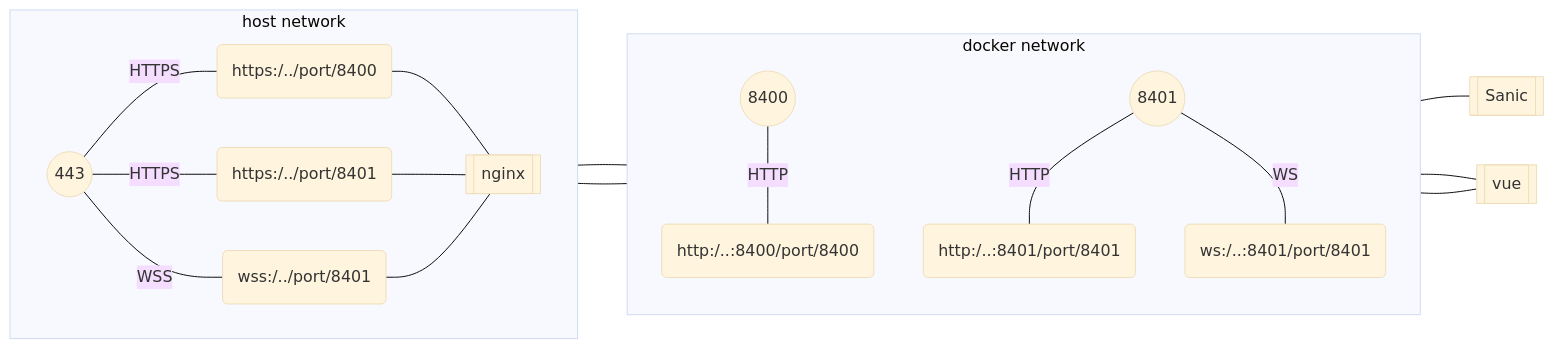
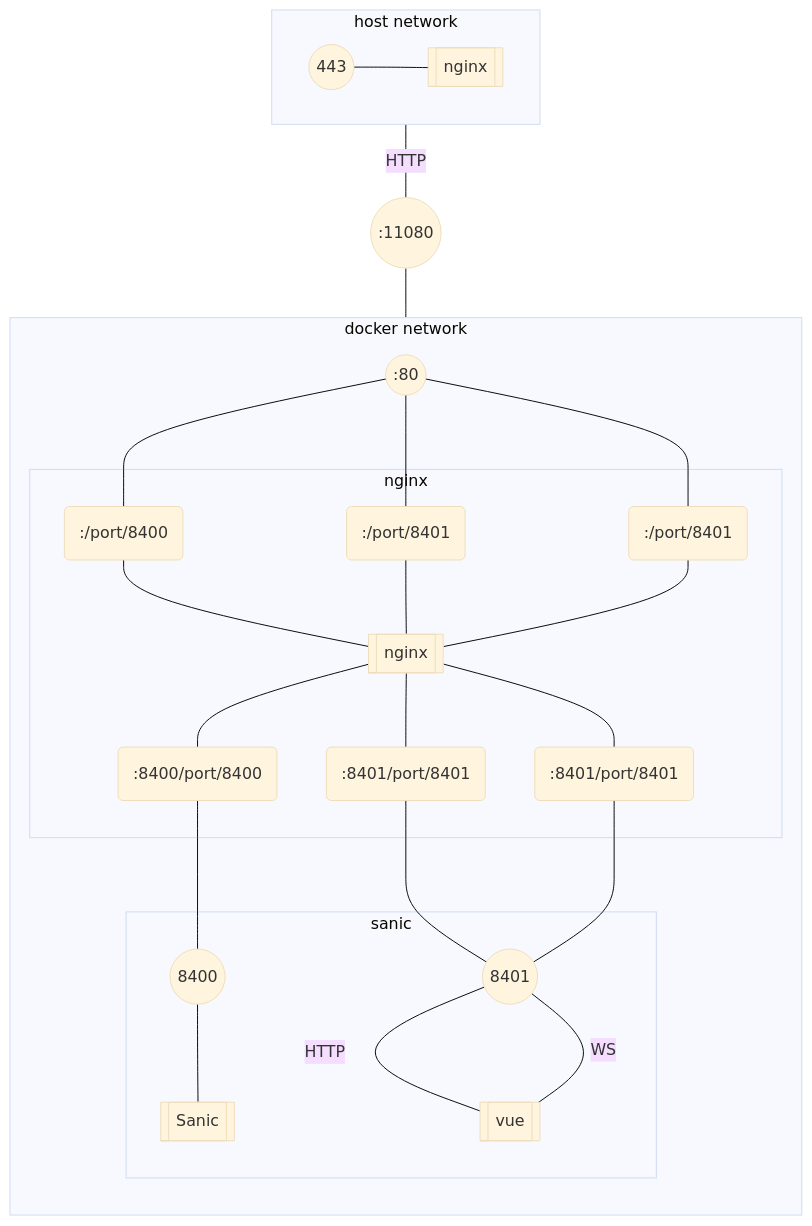
One commit to smucclaw/gsheet changed the third of 5 diagrams in natural4-server/natural4_server/nginx-proxy.md. Above: the diagram before and after it, drawn with Mermaid (base theme).

````diff
--- a/natural4-server/natural4_server/nginx-proxy.md
+++ b/natural4-server/natural4_server/nginx-proxy.md
@@ -64,28 +64,56 @@
 ```mermaid
-flowchart LR
+flowchart TB
     subgraph host [host network]
         direction LR
-        network_tls((  ))-- HTTPS ---network_https_8400(https:/../port/8400)
-        network_tls((  ))-- HTTPS ---network_https_8401(https:/../port/8401)
-        network_tls(( 443 ))-- WSS ---network_wss_8401(wss:/../port/8401)
-        nginx[[nginx]]
+        network_tls(( 443 ))
+        nginx_host[[nginx]]
+        network_tls---nginx_host
     end
 
+    host_http_11080((:11080))
+    
     subgraph docker [docker network]
         direction TB
-        network_https_8400 --- nginx
-        network_https_8401 --- nginx
-        network_wss_8401 --- nginx
+        docker_http_80((:80))
+        http_8400(:/port/8400)
+        http_8401(:/port/8401)
+        ws_8401(:/port/8401)
+        
+        docker_http_80---http_8400
+        docker_http_80---http_8401
+        docker_http_80---ws_8401
 
-        loop_8400_port(( 8400 ))-- HTTP ---loop_http_8400(http:/..:8400/port/8400)
-        loop_8401_port(( 8401 ))-- HTTP ---loop_http_8401(http:/..:8401/port/8401)
-        loop_8401_port(( 8401 ))-- WS ---loop_ws_8401(ws:/..:8401/port/8401)
+        subgraph nginx
+            nginx_docker[[nginx]]
+
+            http_8400---nginx_docker
+            http_8401---nginx_docker
+            ws_8401---nginx_docker
+            
+            loop_http_8400(:8400/port/8400)
+            loop_http_8401(:8401/port/8401)
+            loop_ws_8401(:8401/port/8401)
+            nginx_docker---loop_http_8400
+            nginx_docker---loop_http_8401
+            nginx_docker---loop_ws_8401
+        end
+        
+        subgraph sanic 
+            loop_8400_port((8400))
+            loop_8401_port((8401))
+            loop_8400_port---sanic[[ Sanic ]]
+            loop_8401_port---|HTTP|vue[[ vue ]]
+            loop_8401_port---|WS|vue[[ vue ]]
+        end
+
+
+        loop_http_8400---loop_8400_port
+        loop_http_8401---loop_8401_port
+        loop_ws_8401---loop_8401_port
+
     end
 
-    loop_http_8400---sanic[[ Sanic ]]
-    loop_http_8401---vue[[ vue ]]
-    loop_ws_8401---vue
-    nginx---loop_8400_port
-    nginx---loop_8401_port
+    nginx_host---|HTTP|host_http_11080
+    host_http_11080---docker_http_80
  
 ```
````
